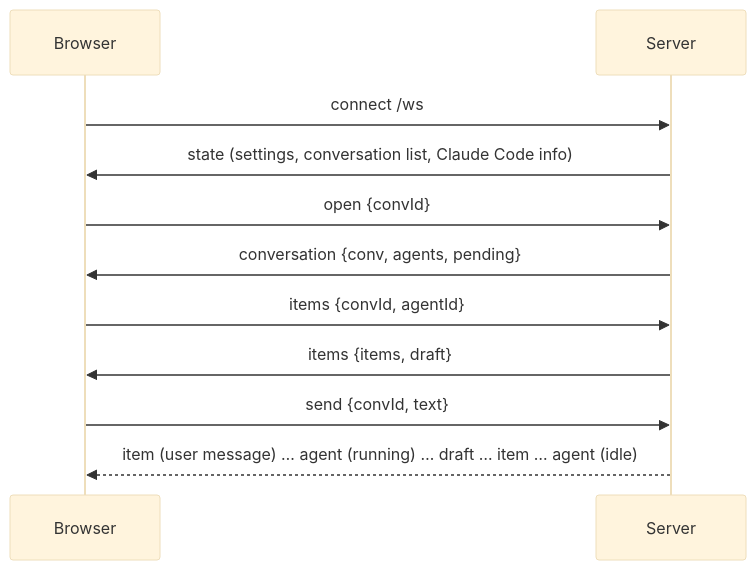
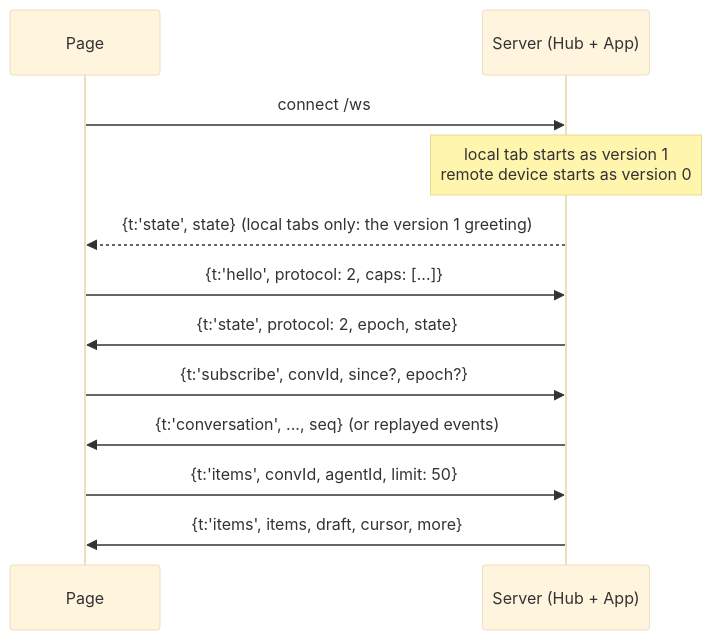
Before and after one commit to Luxorium/masthead: the diagram in docs/wiki/Browser-Server-Protocol.md, drawn with Mermaid (base theme). The commit also changed other lines of this file and 103 other files, not shown here.

Commit message:
0.2.0: settings view with teams, agent programs and remote access; device sign-out and role-aware page; docs for security and remote access; review fixes

````diff
--- a/docs/wiki/Browser-Server-Protocol.md
+++ b/docs/wiki/Browser-Server-Protocol.md
@@ -16,13 +26,14 @@
 ```mermaid
 sequenceDiagram
-  participant B as Browser
-  participant S as Server
+  participant B as Page
+  participant S as Server (Hub + App)
   B->>S: connect /ws
-  S->>B: state (settings, conversation list, Claude Code info)
-  B->>S: open {convId}
-  S->>B: conversation {conv, agents, pending}
-  B->>S: items {convId, agentId}
-  S->>B: items {items, draft}
-  B->>S: send {convId, text}
-  S-->>B: item (user message) … agent (running) … draft … item … agent (idle)
+  Note over S: local tab starts as version 1<br/>remote device starts as version 0
+  S-->>B: {t:'state', state} (local tabs only: the version 1 greeting)
+  B->>S: {t:'hello', protocol: 2, caps: [...]}
+  S->>B: {t:'state', protocol: 2, epoch, state}
+  B->>S: {t:'subscribe', convId, since?, epoch?}
+  S->>B: {t:'conversation', ..., seq} (or replayed events)
+  B->>S: {t:'items', convId, agentId, limit: 50}
+  S->>B: {t:'items', items, draft, cursor, more}
 ```
````
